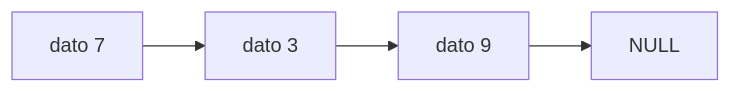
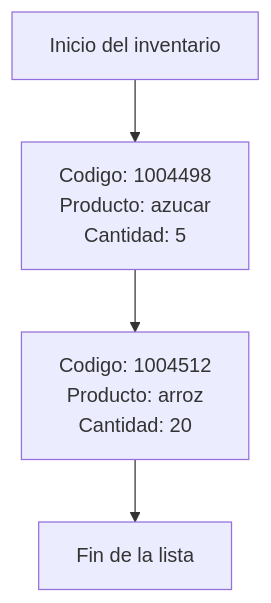
One commit to JuanManuelParedes/estr-2026-2-proyecto changed the diagram in docs/informe-avance.md. Above: the diagram before and after it, drawn with Mermaid. The commit also changed other lines of this file, not shown here.

````diff
--- a/docs/informe-avance.md
+++ b/docs/informe-avance.md
@@ -42,4 +110,6 @@
 ```mermaid
-flowchart LR
-  n1["dato 7"] --> n2["dato 3"] --> n3["dato 9"] --> nil["NULL"]
+flowchart TD
+  inicio["Inicio del inventario"] --> azucar["Codigo: 1004498<br/>Producto: azucar<br/>Cantidad: 5"]
+  azucar --> arroz["Codigo: 1004512<br/>Producto: arroz<br/>Cantidad: 20"]
+  arroz --> fin["Fin de la lista"]
 ```
````
